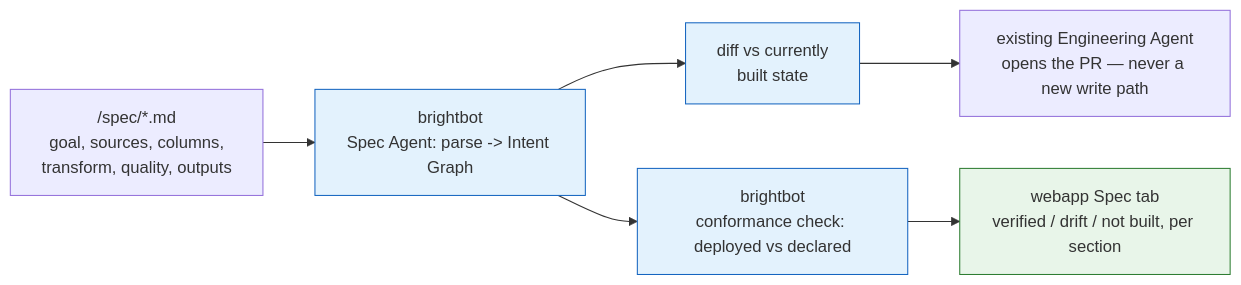
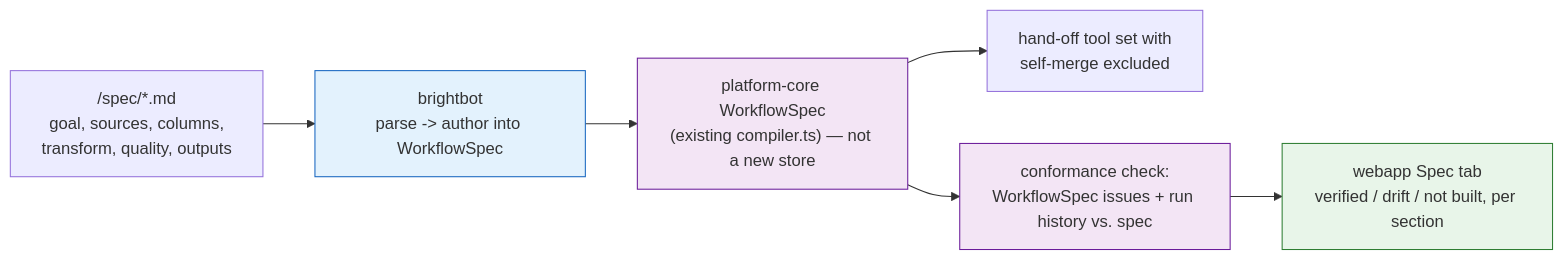
The diagram in docs/specs/THEME-spec-driven-pipelines.md (brighthive/agentic-project-mgmt), drawn with Mermaid before and after one commit. The commit also changed other lines of this file and 1 other file, not shown here.

First line of the commit message:
docs(specs): correct spec-driven-pipelines theme after red-team review

````diff
--- a/docs/specs/THEME-spec-driven-pipelines.md
+++ b/docs/specs/THEME-spec-driven-pipelines.md
@@ -22,12 +21,14 @@
 ```mermaid
 flowchart LR
-  SPEC["/spec/*.md<br/>goal, sources, columns,<br/>transform, quality, outputs"] --> PARSE["brightbot<br/>Spec Agent: parse -> Intent Graph"]
-  PARSE --> DIFF["diff vs currently<br/>built state"]
-  DIFF --> ENG["existing Engineering Agent<br/>opens the PR — never a new write path"]
-  PARSE --> CONFORM["brightbot<br/>conformance check: deployed vs declared"]
+  SPEC["/spec/*.md<br/>goal, sources, columns,<br/>transform, quality, outputs"] --> PARSE["brightbot<br/>parse -> author into WorkflowSpec"]
+  PARSE --> WFS["platform-core WorkflowSpec<br/>(existing compiler.ts) — not a new store"]
+  WFS --> ENG["hand-off tool set with<br/>self-merge excluded"]
+  WFS --> CONFORM["conformance check:<br/>WorkflowSpec issues + run history vs. spec"]
   CONFORM --> BADGE["webapp Spec tab<br/>verified / drift / not built, per section"]
   classDef bot fill:#e3f2fd,stroke:#1565c0
+  classDef core fill:#f3e5f5,stroke:#6a1b9a
   classDef web fill:#e8f5e9,stroke:#2e7d32
-  class PARSE,DIFF,CONFORM bot
+  class PARSE bot
+  class WFS,CONFORM core
   class BADGE web
 ```
````
